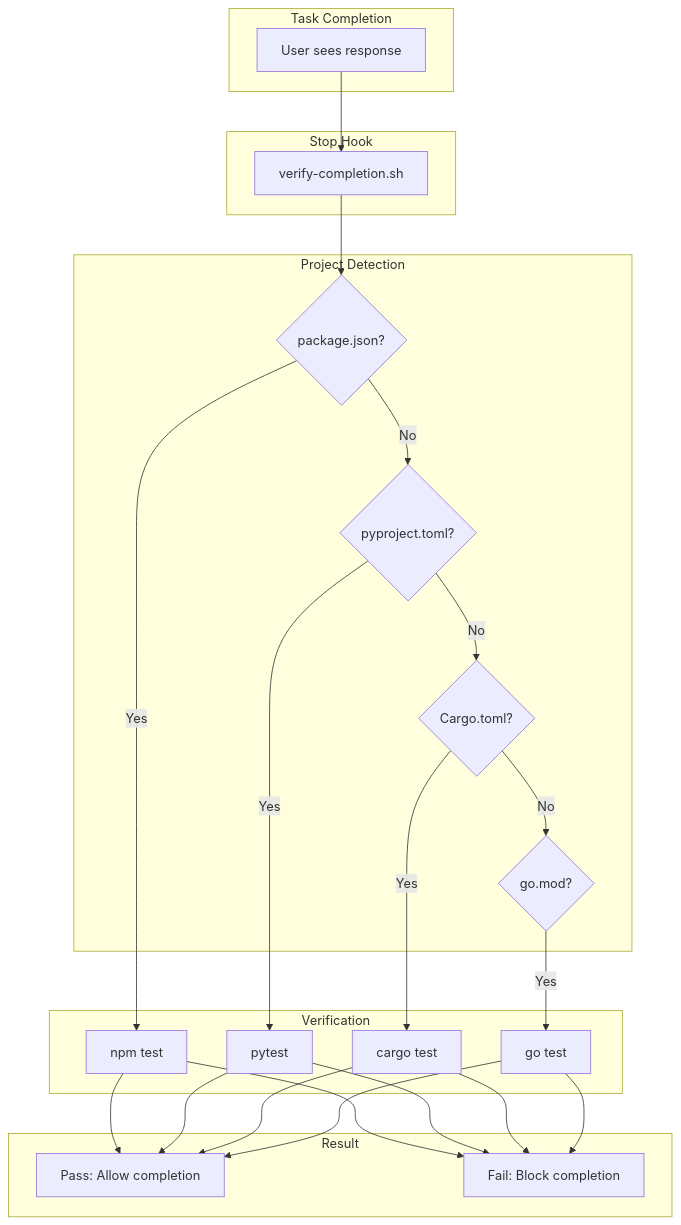
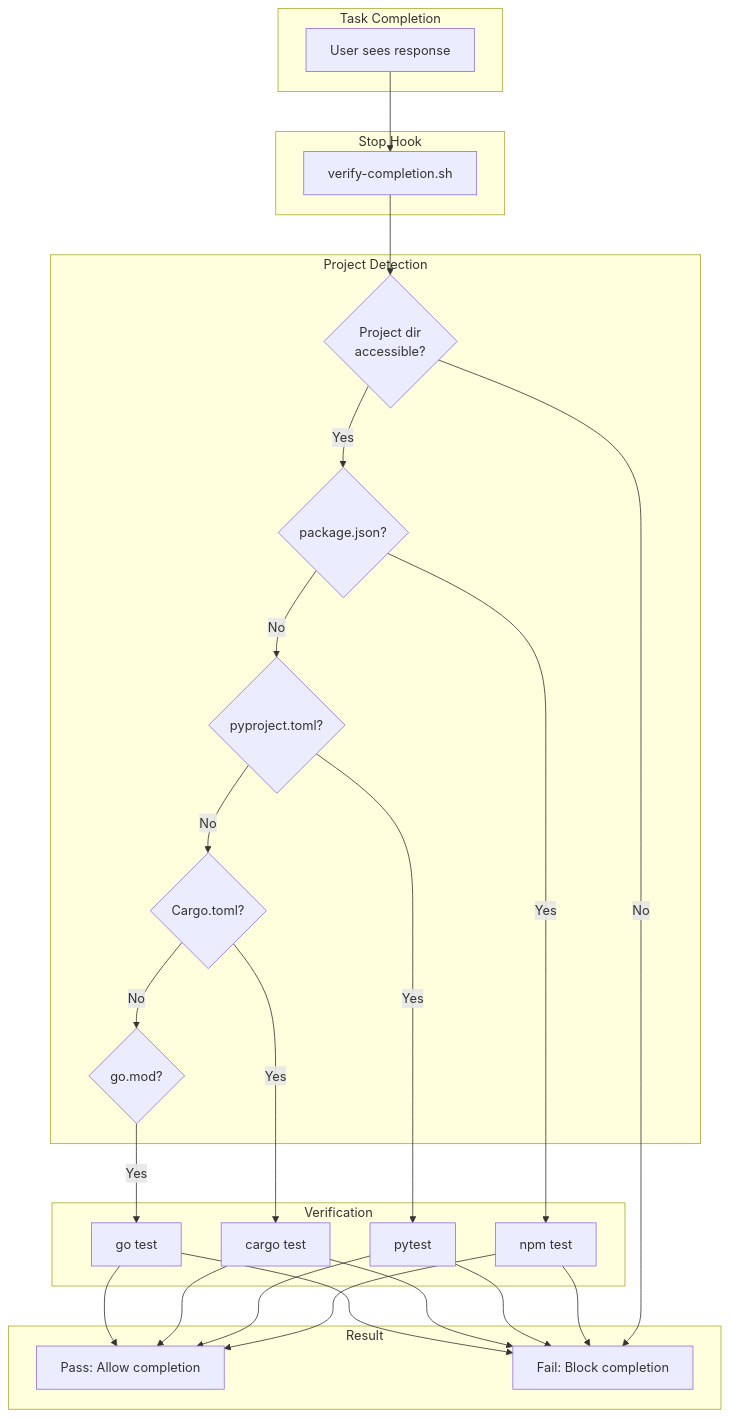
Before and after one commit to josix/agent-flow: the seventh of 9 diagrams in docs/architecture/data-flows.md, drawn with Mermaid. The commit also changed 6 other files, not shown here.

````diff
--- a/docs/architecture/data-flows.md
+++ b/docs/architecture/data-flows.md
@@ -321,41 +321,44 @@
 ```mermaid
 flowchart TB
     subgraph Trigger["Task Completion"]
         T1[User sees response]
     end
 
     subgraph Hook["Stop Hook"]
         H1[verify-completion.sh]
     end
 
     subgraph Detect["Project Detection"]
+        D0{Project dir<br/>accessible?}
         D1{package.json?}
         D2{pyproject.toml?}
         D3{Cargo.toml?}
         D4{go.mod?}
     end
 
     subgraph Verify["Verification"]
         V1[npm test]
         V2[pytest]
         V3[cargo test]
         V4[go test]
     end
 
     subgraph Result["Result"]
         R1[Pass: Allow completion]
         R2[Fail: Block completion]
     end
 
     T1 --> H1
-    H1 --> D1
+    H1 --> D0
+    D0 -->|No| R2
+    D0 -->|Yes| D1
     D1 -->|Yes| V1
     D1 -->|No| D2
     D2 -->|Yes| V2
     D2 -->|No| D3
     D3 -->|Yes| V3
     D3 -->|No| D4
     D4 -->|Yes| V4
 
     V1 & V2 & V3 & V4 --> R1 & R2
 ```
````
